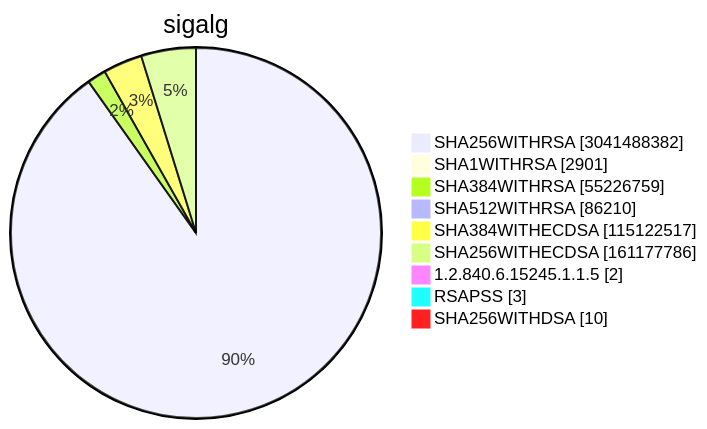
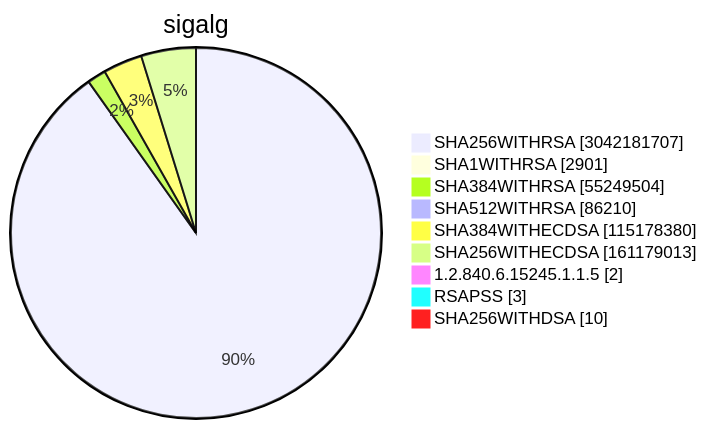
Before and after one commit to christiankrug/ctmonitor_visualization: diagram 15 of 15 in TOTAL/README.md, drawn with Mermaid. The commit also changed other lines of this file, not shown here.

````diff
--- a/TOTAL/README.md
+++ b/TOTAL/README.md
@@ -6208,13 +6208,13 @@
 ```mermaid
 pie showData
 title sigalg
-"SHA256WITHRSA" :3041488382
+"SHA256WITHRSA" :3042181707
 "SHA1WITHRSA" :2901
-"SHA384WITHRSA" :55226759
+"SHA384WITHRSA" :55249504
 "SHA512WITHRSA" :86210
-"SHA384WITHECDSA" :115122517
-"SHA256WITHECDSA" :161177786
+"SHA384WITHECDSA" :115178380
+"SHA256WITHECDSA" :161179013
 "1.2.840.6.15245.1.1.5" :2
 "RSAPSS" :3
 "SHA256WITHDSA" :10
 ```
````
